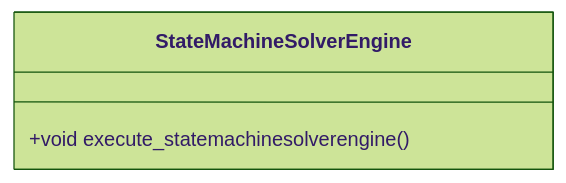
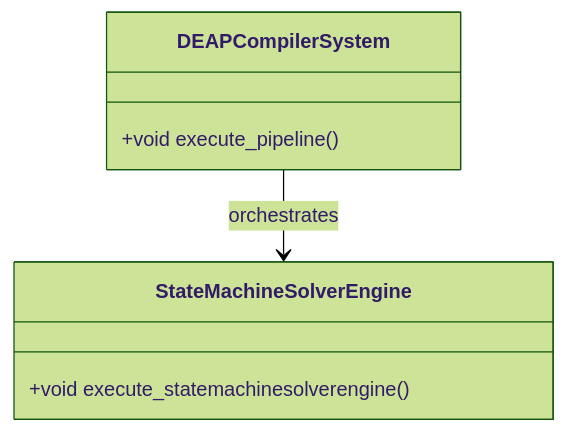
Before and after one commit to gintatkinson/dumpiler-01: the diagram in docs/features/FEAT-31-StateMachineSolverEngine.md, drawn with Mermaid (forest theme). The commit also changed other lines of this file and 90 other files, not shown here.

````diff
--- a/docs/features/FEAT-31-StateMachineSolverEngine.md
+++ b/docs/features/FEAT-31-StateMachineSolverEngine.md
@@ -25,6 +25,10 @@
 ```mermaid
 classDiagram
+    class DEAPCompilerSystem {
+        +void execute_pipeline()
+    }
     class StateMachineSolverEngine {
         +void execute_statemachinesolverengine()
     }
+    DEAPCompilerSystem --> StateMachineSolverEngine : orchestrates
 ```
````
